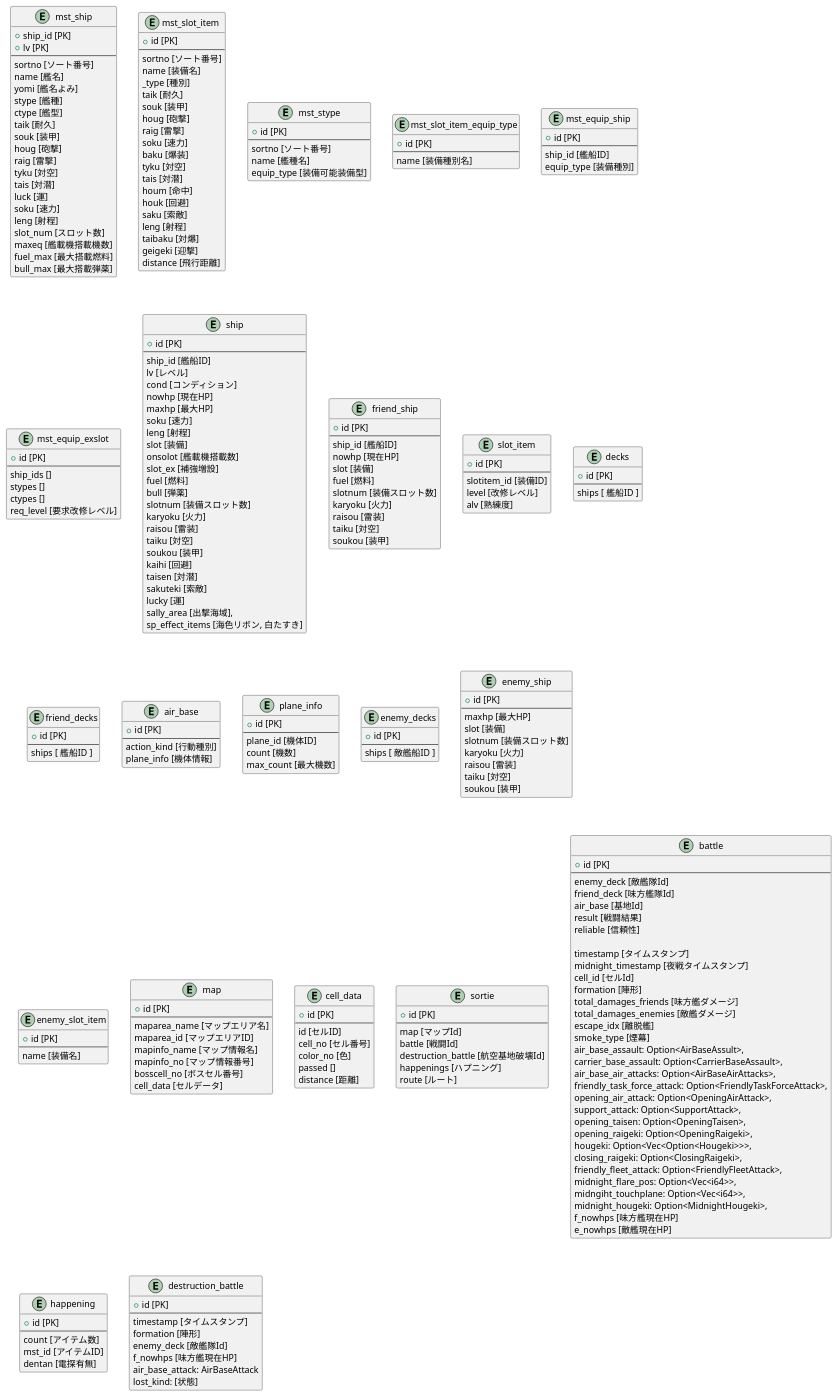
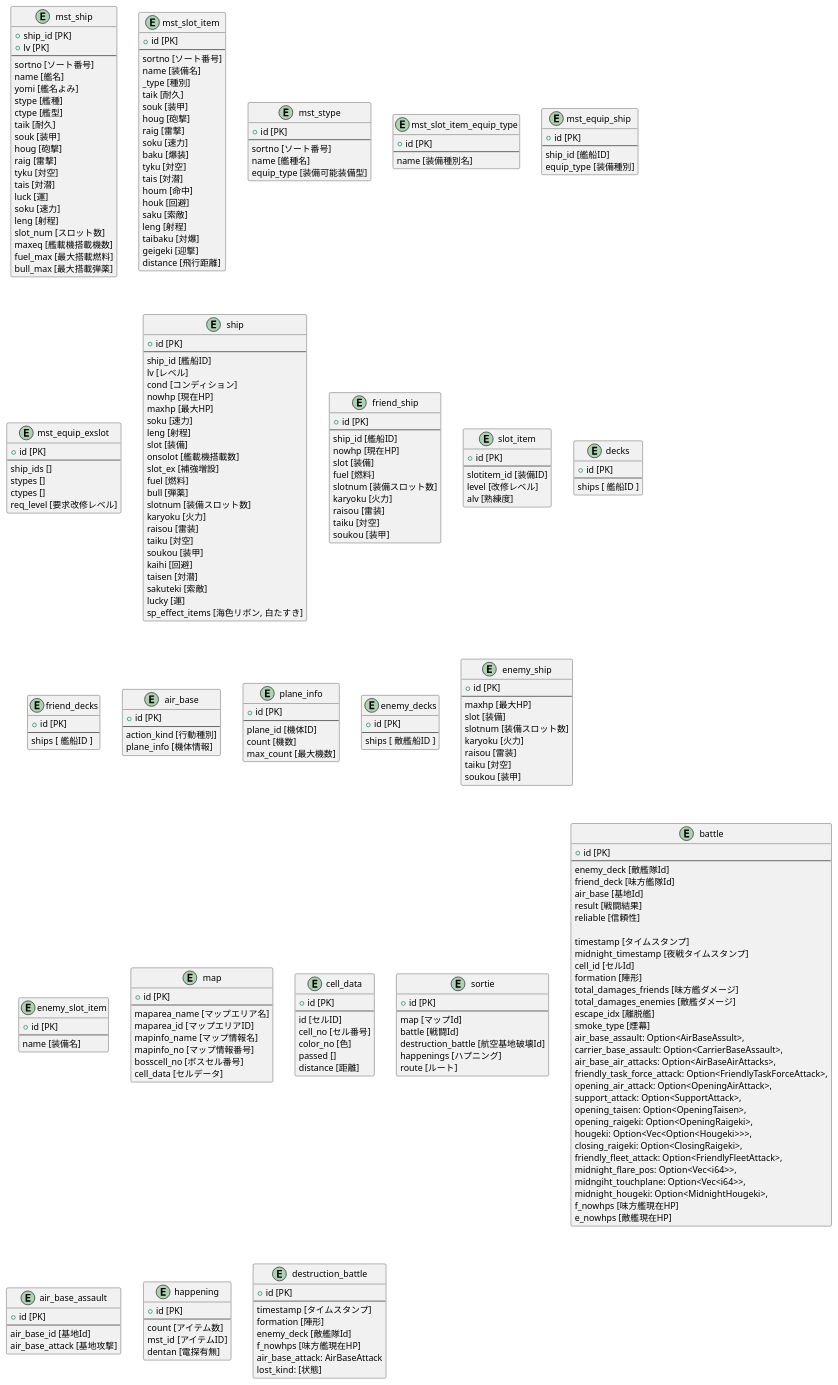
The diagram in FUSOU-WEB/tables.pu (tsukasa-u/FUSOU), drawn with PlantUML before and after one commit. The commit also changed 8 other files, not shown here.

```diff
--- a/FUSOU-WEB/tables.pu
+++ b/FUSOU-WEB/tables.pu
@@ -100,7 +100,6 @@
   taisen [対潜]
   sakuteki [索敵]
   lucky [運]
-  sally_area [出撃海域],
   sp_effect_items [海色リボン, 白たすき]
 }
 
@@ -247,6 +246,13 @@
   e_nowhps [敵艦現在HP]
 }
 
+entity air_base_assault {
+  +id [PK]
+  --
+  air_base_id [基地Id]
+  air_base_attack [基地攻撃]
+}
+
 entity happening {
   +id [PK]
   --
```
